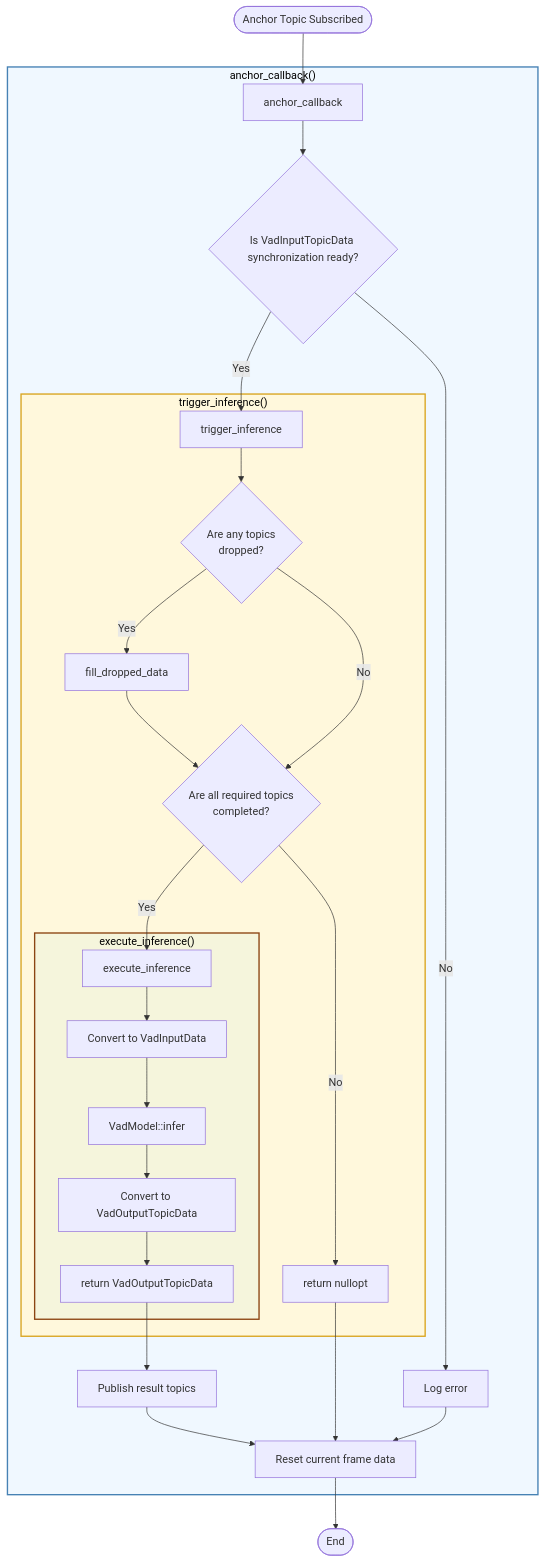
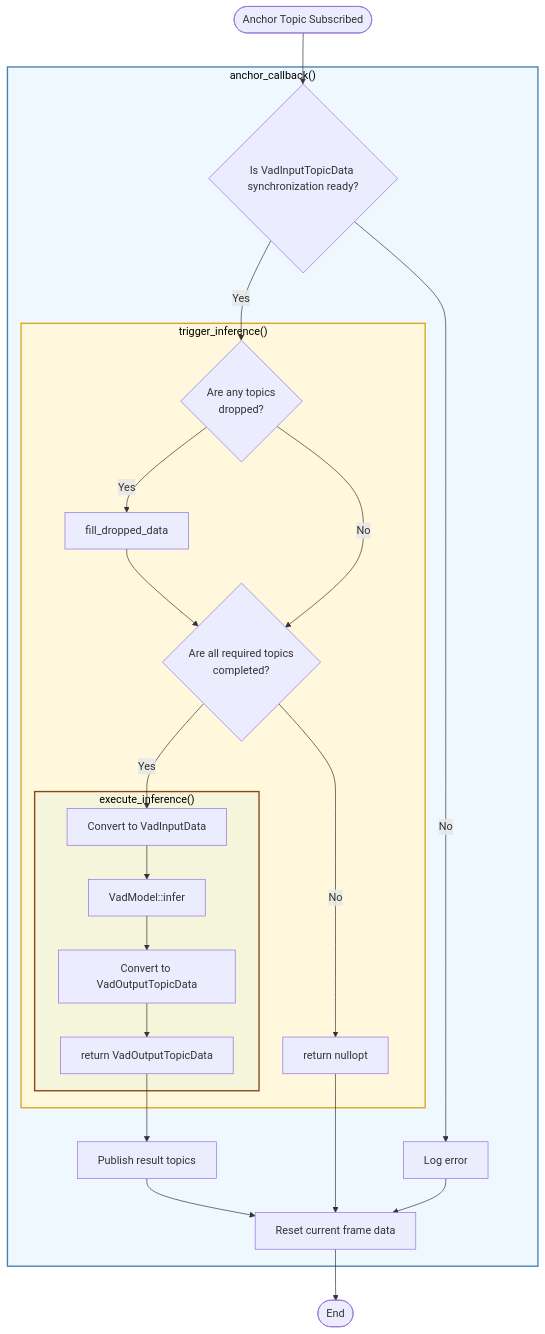
Before and after one commit to isseitzk/autoware_universe: the diagram in planning/autoware_tensorrt_vad/docs/design_vad_node.md, drawn with Mermaid.

Commit message:
docs(autoware_tensorrt_vad): clean up flow chart

````diff
--- a/planning/autoware_tensorrt_vad/docs/design_vad_node.md
+++ b/planning/autoware_tensorrt_vad/docs/design_vad_node.md
@@ -11,47 +11,41 @@
 ```mermaid
 flowchart TD
-    Start([Anchor Topic Subscribed]) --> AnchorCallback[anchor_callback]
+    Start([Anchor Topic Subscribed]) --> CheckReady
     
     subgraph AnchorCallbackScope["anchor_callback()"]
-        AnchorCallback --> CheckReady{Is VadInputTopicData synchronization ready?}
+        CheckReady{Is VadInputTopicData synchronization ready?}
         
-        CheckReady -->|Yes| TriggerInferenceEntry[trigger_inference]
+        CheckReady -->|Yes| CheckDropped
         CheckReady -->|No| ErrorLog[Log error]
         
         subgraph TriggerInferenceScope["trigger_inference()"]
-            TriggerInferenceEntry --> CheckDropped{Are any topics<br/>dropped?}
+            CheckDropped{Are any topics<br/>dropped?}
             
             CheckDropped -->|Yes| FillDropped[fill_dropped_data]
             CheckDropped -->|No| CheckComplete{Are all required topics<br/>completed?}
             
             FillDropped --> CheckComplete
             
-            CheckComplete -->|Yes| ExecuteInferenceEntry[execute_inference]
+            CheckComplete -->|Yes| ConvertInput
             CheckComplete -->|No| ReturnNull[return nullopt]
             
             subgraph ExecuteInferenceScope["execute_inference()"]
-                ExecuteInferenceEntry --> ConvertInput[Convert to VadInputData]
+                ConvertInput[Convert to VadInputData]
                 ConvertInput --> VadModelInfer[VadModel::infer]
                 VadModelInfer --> ConvertOutput[Convert to VadOutputTopicData]
                 ConvertOutput --> GetOutput[return VadOutputTopicData]
             end
         end
         
         GetOutput --> Publish[Publish result topics]
         Publish --> Reset[Reset current frame data]
         ErrorLog --> Reset
         ReturnNull --> Reset
     end
     
     Reset --> End([End])
     
-    %% Links to source code
-    click AnchorCallback "../src/vad_node.cpp" "anchor_callback() implementation"
-    click TriggerInferenceEntry "../src/vad_node.cpp" "trigger_inference() implementation"
-    click ExecuteInferenceEntry "../src/vad_node.cpp" "execute_inference() implementation"
-    click Publish "../src/vad_node.cpp" "publish() implementation"
-    
     style AnchorCallbackScope fill:#f0f8ff,stroke:#4682b4,stroke-width:2px,color:#000000
     style TriggerInferenceScope fill:#fff8dc,stroke:#daa520,stroke-width:2px,color:#000000
     style ExecuteInferenceScope fill:#f5f5dc,stroke:#8b4513,stroke-width:2px,color:#000000
 ```
````
